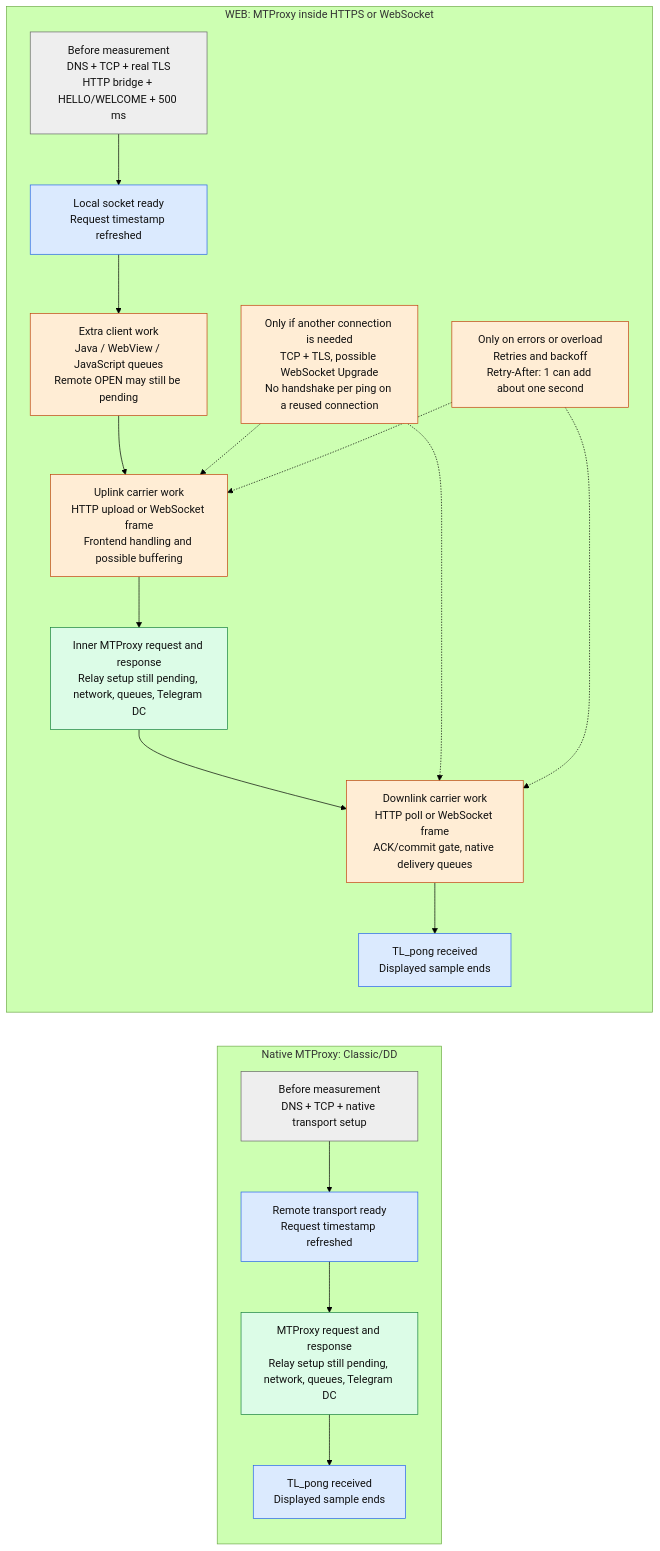
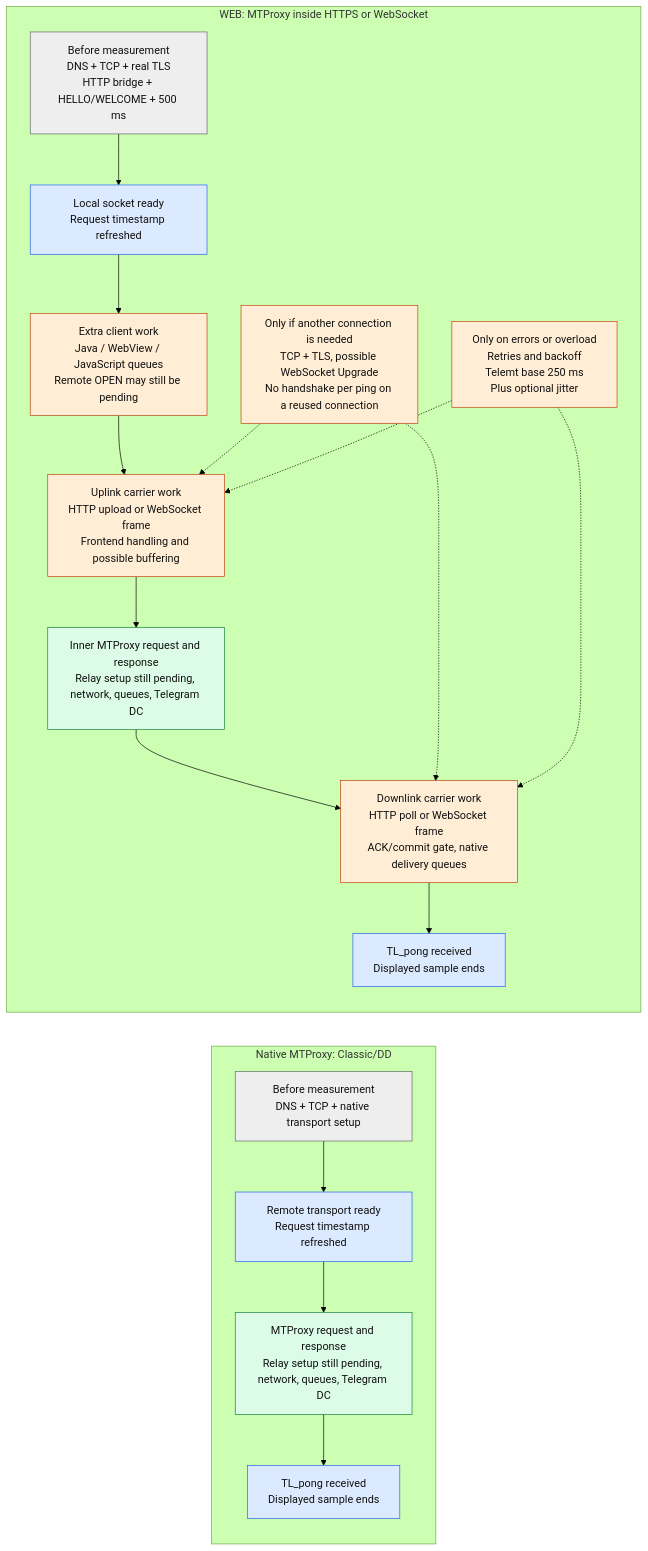
Before and after one commit to telemt/telemt: the third of 4 diagrams in docs/WEB/PROXY_PING.en.md, drawn with Mermaid (forest theme). The commit also changed other lines of this file and 9 other files, not shown here.

Commit message:
Retry Jitter in Docs

````diff
--- a/docs/WEB/PROXY_PING.en.md
+++ b/docs/WEB/PROXY_PING.en.md
@@ -82,27 +82,27 @@
 ```mermaid
 flowchart LR
     subgraph N["Native MTProxy: Classic/DD"]
         direction TB
         N0["Before measurement<br/>DNS + TCP + native transport setup"] --> N1["Remote transport ready<br/>Request timestamp refreshed"]
         N1 --> N2["MTProxy request and response<br/>Relay setup still pending, network, queues, Telegram DC"] --> N3["TL_pong received<br/>Displayed sample ends"]
     end
     subgraph W["WEB: MTProxy inside HTTPS or WebSocket"]
         direction TB
         W0["Before measurement<br/>DNS + TCP + real TLS<br/>HTTP bridge + HELLO/WELCOME + 500 ms"] --> W1["Local socket ready<br/>Request timestamp refreshed"]
         W1 --> W2["Extra client work<br/>Java / WebView / JavaScript queues<br/>Remote OPEN may still be pending"] --> W3["Uplink carrier work<br/>HTTP upload or WebSocket frame<br/>Frontend handling and possible buffering"]
         W3 --> W4["Inner MTProxy request and response<br/>Relay setup still pending, network, queues, Telegram DC"] --> W5["Downlink carrier work<br/>HTTP poll or WebSocket frame<br/>ACK/commit gate, native delivery queues"]
         W5 --> W6["TL_pong received<br/>Displayed sample ends"]
         X["Only if another connection is needed<br/>TCP + TLS, possible WebSocket Upgrade<br/>No handshake per ping on a reused connection"] -.-> W3
         X -.-> W5
-        R["Only on errors or overload<br/>Retries and backoff<br/>Retry-After: 1 can add about one second"] -.-> W3
+        R["Only on errors or overload<br/>Retries and backoff<br/>Telemt base 250 ms<br/>Plus optional jitter"] -.-> W3
         R -.-> W5
     end
     classDef preparation fill:#eeeeee,stroke:#666666,color:#111111
     classDef boundary fill:#dbeafe,stroke:#2563eb,color:#111111
     classDef shared fill:#dcfce7,stroke:#15803d,color:#111111
     classDef extra fill:#ffedd5,stroke:#c2410c,color:#111111
     class N0,W0 preparation
     class N1,N3,W1,W6 boundary
     class N2,W4 shared
     class W2,W3,W5,X,R extra
 ```
````
